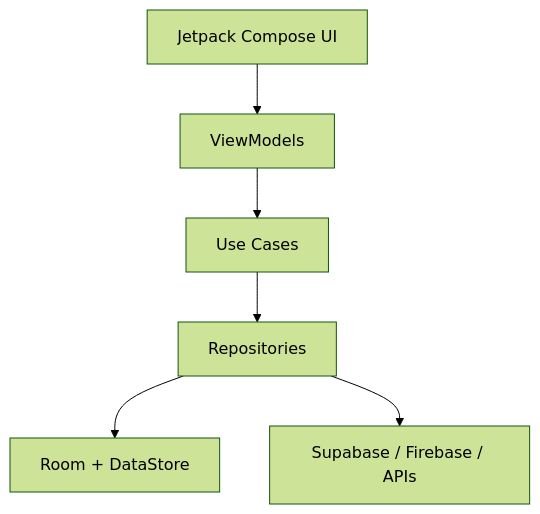
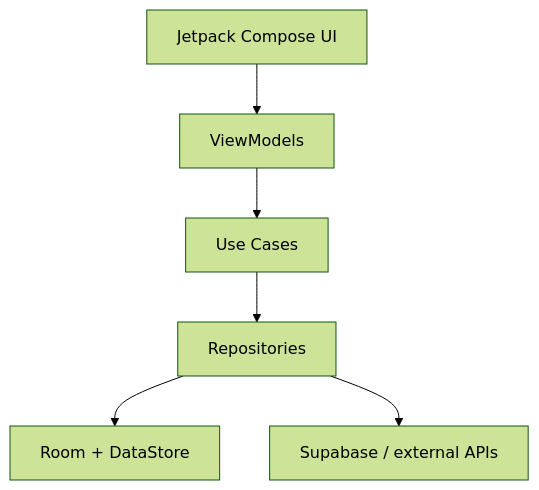
One commit to Benliew0928/ReEvent changed the third of 3 diagrams in REEVENT_FULL_APP_DEVELOPMENT_PLAN.md. Above: the diagram before and after it, drawn with Mermaid (forest theme). The commit also changed other lines of this file and 116 other files, not shown here.

````diff
--- a/REEVENT_FULL_APP_DEVELOPMENT_PLAN.md
+++ b/REEVENT_FULL_APP_DEVELOPMENT_PLAN.md
@@ -774,15 +765,15 @@
 ```mermaid
 flowchart TB
     UI["Jetpack Compose UI"]
     VM["ViewModels"]
     UC["Use Cases"]
     REP["Repositories"]
     LOCAL["Room + DataStore"]
-    REMOTE["Supabase / Firebase / APIs"]
+    REMOTE["Supabase / external APIs"]
 
     UI --> VM
     VM --> UC
     UC --> REP
     REP --> LOCAL
     REP --> REMOTE
 ```
````
